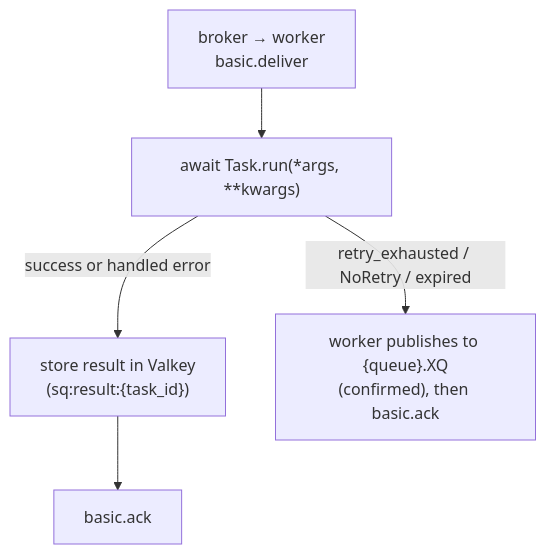
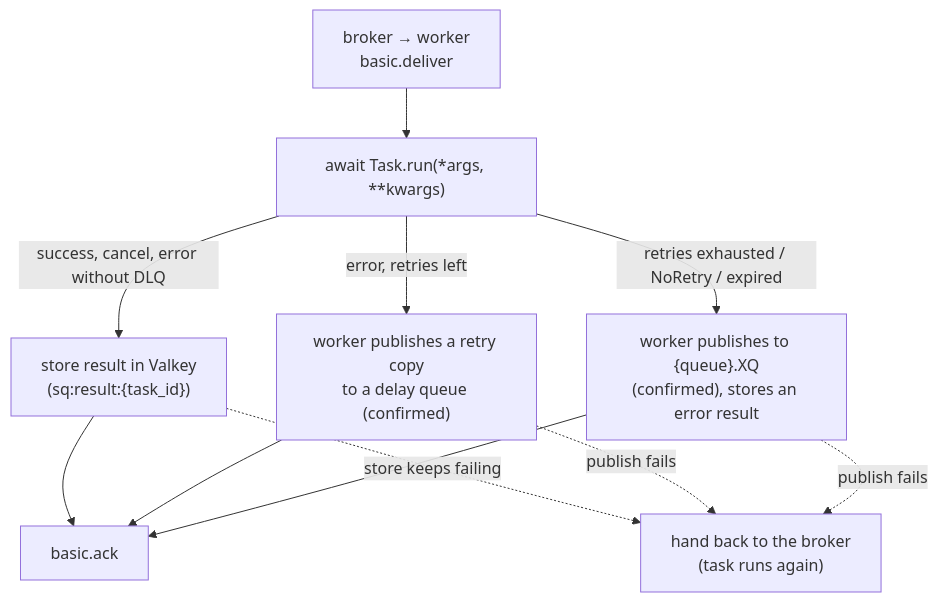
One commit to Schorschofwill/swarmq changed the diagram in website/explanation/delivery-semantics.md. Above: the diagram before and after it, drawn with Mermaid. The commit also changed other lines of this file and 84 other files, not shown here.

````diff
--- a/website/explanation/delivery-semantics.md
+++ b/website/explanation/delivery-semantics.md
@@ -72,13 +72,21 @@
 ```mermaid
 flowchart TD
     Deliver["broker → worker<br/>basic.deliver"]
     Run["await Task.run(*args, **kwargs)"]
     Store["store result in Valkey<br/>(sq:result:{task_id})"]
     Ack["basic.ack"]
-    DLQ["worker publishes to {queue}.XQ<br/>(confirmed), then basic.ack"]
+    Retry["worker publishes a retry copy<br/>to a delay queue (confirmed)"]
+    DLQ["worker publishes to {queue}.XQ<br/>(confirmed), stores an error result"]
+    Back["hand back to the broker<br/>(task runs again)"]
 
     Deliver --> Run
-    Run -->|success or handled error| Store
+    Run -->|success, cancel, error without DLQ| Store
+    Run -->|error, retries left| Retry
+    Run -->|retries exhausted / NoRetry / expired| DLQ
     Store --> Ack
-    Run -->|retry_exhausted / NoRetry / expired| DLQ
+    Retry --> Ack
+    DLQ --> Ack
+    Store -.->|store keeps failing| Back
+    Retry -.->|publish fails| Back
+    DLQ -.->|publish fails| Back
 ```
````
